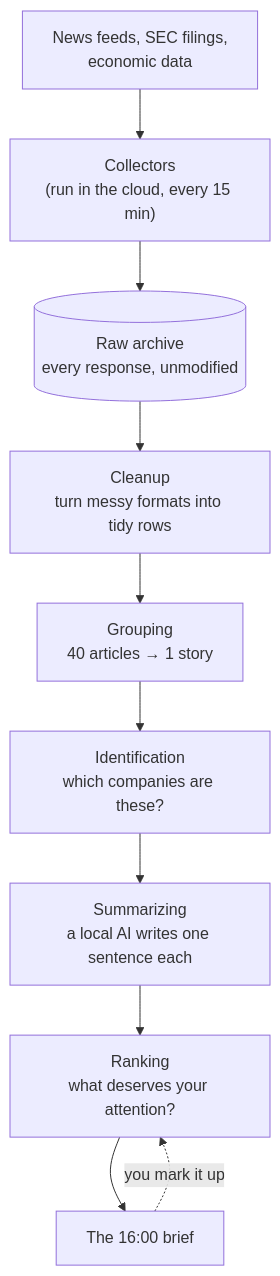
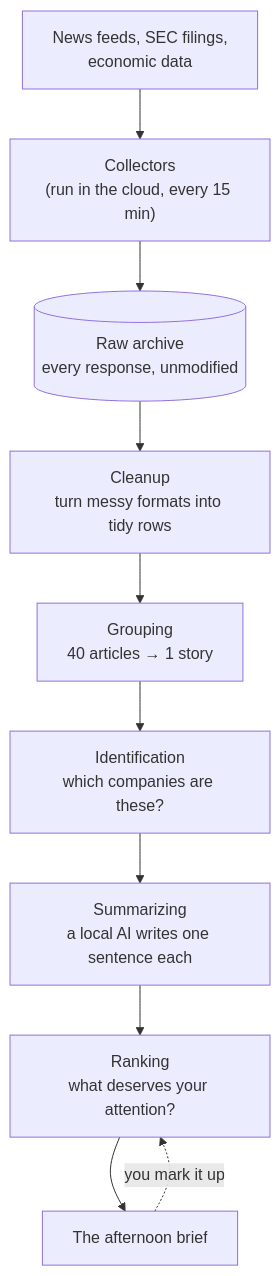
Before and after one commit to SouhailBourhim/signal-brief: the diagram in docs/how-signal-works.md, drawn with Mermaid. The commit also changed other lines of this file and 18 other files, not shown here.

````diff
--- a/docs/how-signal-works.md
+++ b/docs/how-signal-works.md
@@ -45,12 +46,12 @@
 ```mermaid
 flowchart TD
     A["News feeds, SEC filings,<br/>economic data"] --> B["Collectors<br/>(run in the cloud, every 15 min)"]
     B --> C[("Raw archive<br/>every response, unmodified")]
     C --> D["Cleanup<br/>turn messy formats into tidy rows"]
     D --> E["Grouping<br/>40 articles → 1 story"]
     E --> F["Identification<br/>which companies are these?"]
     F --> G["Summarizing<br/>a local AI writes one sentence each"]
     G --> H["Ranking<br/>what deserves your attention?"]
-    H --> I["The 16:00 brief"]
+    H --> I["The afternoon brief"]
     I -.->|"you mark it up"| H
 ```
````
